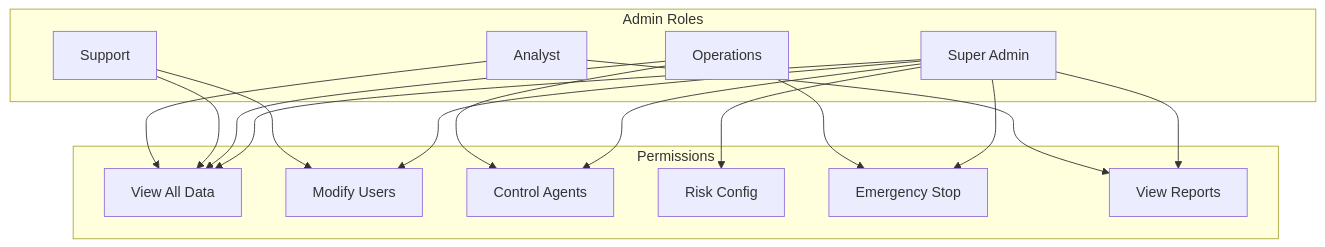
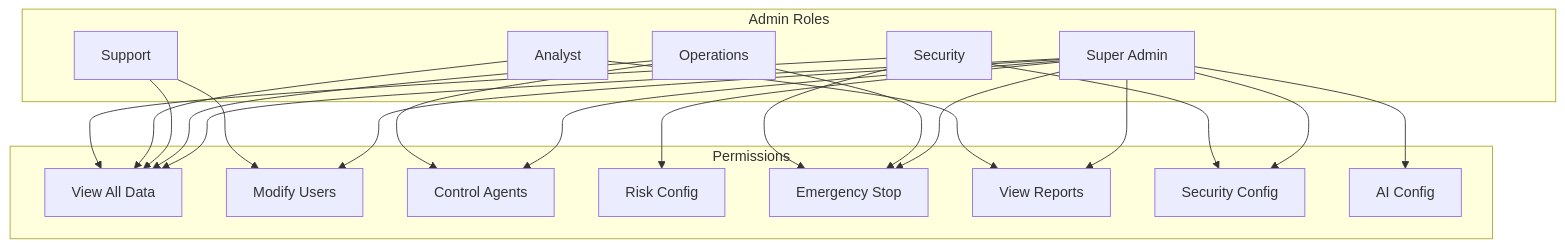
Diagram 39 of 39 in docs/architecture.md (xlabtg/TONAIAgent), drawn with Mermaid before and after one commit. The commit also changed other lines of this file, not shown here.

First line of the commit message:
Comprehensive architecture update addressing PR feedback

````diff
--- a/docs/architecture.md
+++ b/docs/architecture.md
@@ -639,35 +2639,44 @@
 ```mermaid
 flowchart TB
     subgraph Roles["Admin Roles"]
         SUPER[Super Admin]
         OPS[Operations]
         SUPPORT[Support]
         ANALYST[Analyst]
+        SECURITY[Security]
     end
 
     subgraph Permissions["Permissions"]
         P1[View All Data]
         P2[Modify Users]
         P3[Control Agents]
         P4[Risk Config]
         P5[Emergency Stop]
         P6[View Reports]
+        P7[Security Config]
+        P8[AI Config]
     end
 
     SUPER --> P1
     SUPER --> P2
     SUPER --> P3
     SUPER --> P4
     SUPER --> P5
     SUPER --> P6
+    SUPER --> P7
+    SUPER --> P8
 
     OPS --> P1
     OPS --> P3
     OPS --> P5
 
     SUPPORT --> P1
     SUPPORT --> P2
 
     ANALYST --> P1
     ANALYST --> P6
+
+    SECURITY --> P1
+    SECURITY --> P5
+    SECURITY --> P7
 ```
````
